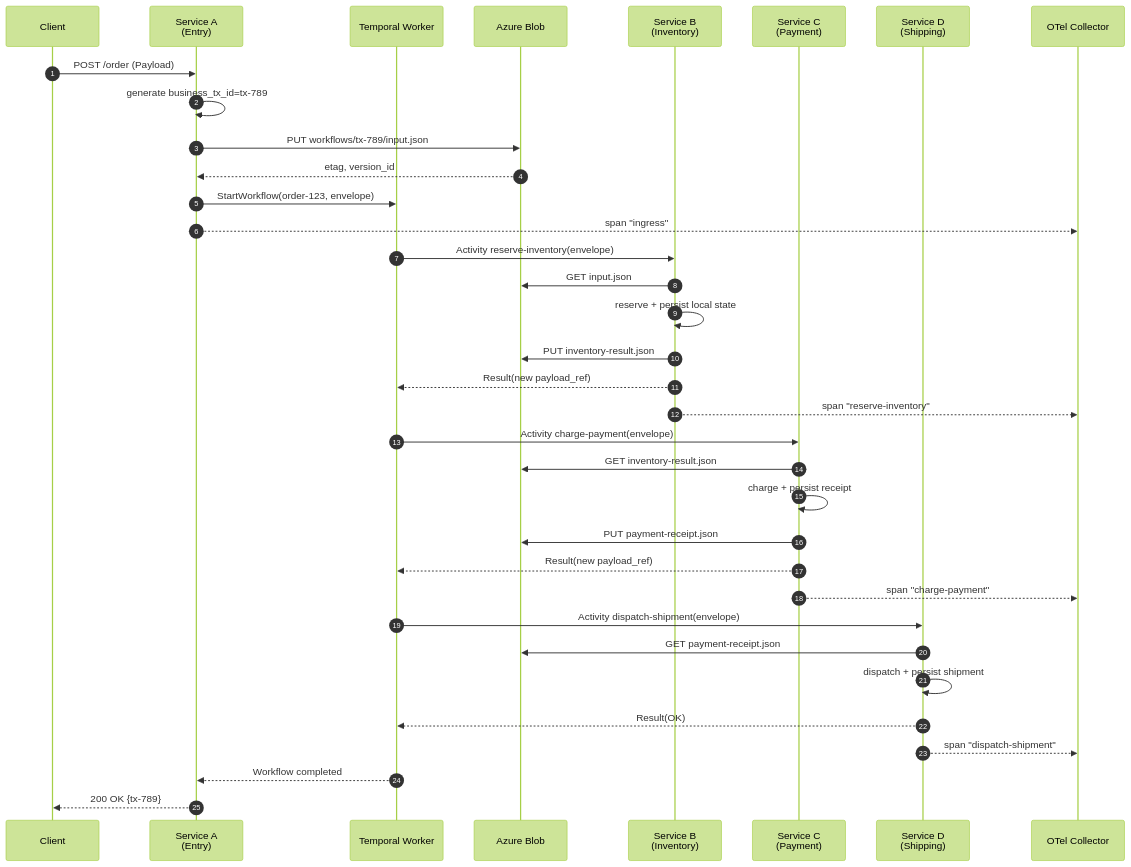
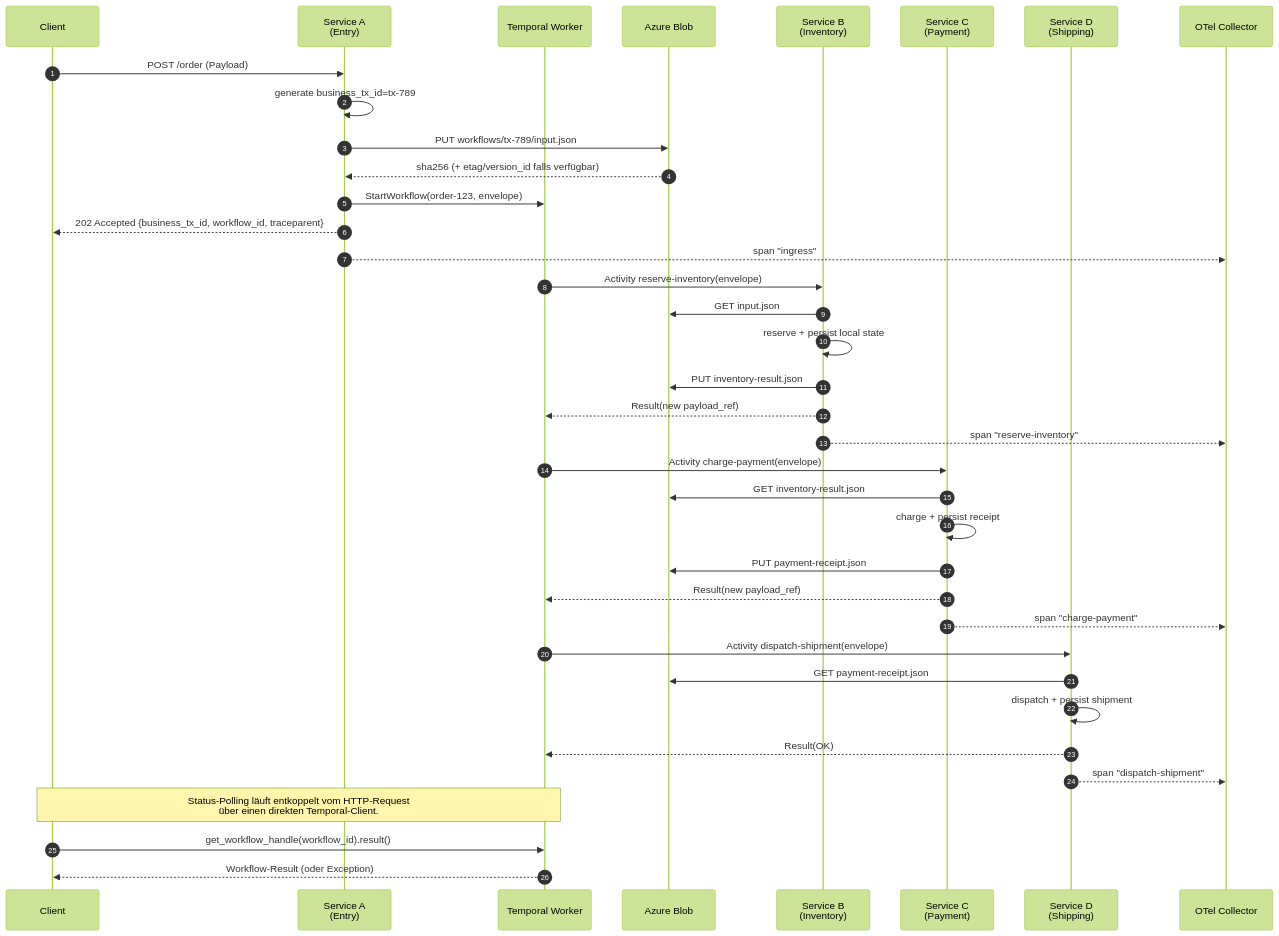
One commit to haalfi/integration-showcase changed the second of 6 diagrams in sdd/research/research-temporal-azure-otel-orchestration.md. Above: the diagram before and after it, drawn with Mermaid (forest theme). The commit also changed other lines of this file and 2 other files, not shown here.

````diff
--- a/sdd/research/research-temporal-azure-otel-orchestration.md
+++ b/sdd/research/research-temporal-azure-otel-orchestration.md
@@ -117,42 +127,44 @@
 ```mermaid
 sequenceDiagram
     autonumber
     participant U as Client
     participant A as Service A<br/>(Entry)
     participant T as Temporal Worker
     participant AB as Azure Blob
     participant B as Service B<br/>(Inventory)
     participant C as Service C<br/>(Payment)
     participant D as Service D<br/>(Shipping)
     participant O as OTel Collector
 
     U->>A: POST /order (Payload)
     A->>A: generate business_tx_id=tx-789
     A->>AB: PUT workflows/tx-789/input.json
-    AB-->>A: etag, version_id
+    AB-->>A: sha256 (+ etag/version_id falls verfügbar)
     A->>T: StartWorkflow(order-123, envelope)
+    A-->>U: 202 Accepted {business_tx_id, workflow_id, traceparent}
     A-->>O: span "ingress"
 
     T->>B: Activity reserve-inventory(envelope)
     B->>AB: GET input.json
     B->>B: reserve + persist local state
     B->>AB: PUT inventory-result.json
     B-->>T: Result(new payload_ref)
     B-->>O: span "reserve-inventory"
 
     T->>C: Activity charge-payment(envelope)
     C->>AB: GET inventory-result.json
     C->>C: charge + persist receipt
     C->>AB: PUT payment-receipt.json
     C-->>T: Result(new payload_ref)
     C-->>O: span "charge-payment"
 
     T->>D: Activity dispatch-shipment(envelope)
     D->>AB: GET payment-receipt.json
     D->>D: dispatch + persist shipment
     D-->>T: Result(OK)
     D-->>O: span "dispatch-shipment"
 
-    T-->>A: Workflow completed
-    A-->>U: 200 OK {tx-789}
+    Note over U,T: Status-Polling läuft entkoppelt vom HTTP-Request<br/>über einen direkten Temporal-Client.
+    U->>T: get_workflow_handle(workflow_id).result()
+    T-->>U: Workflow-Result (oder Exception)
 ```
````
